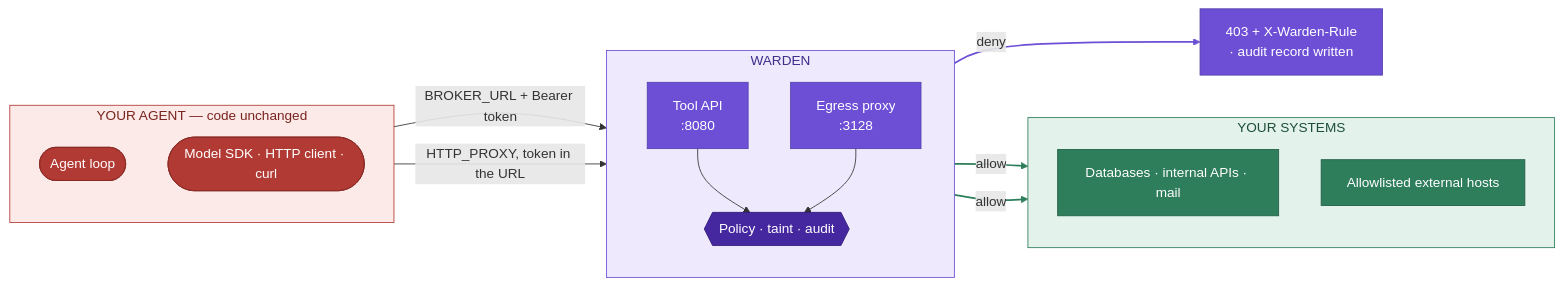
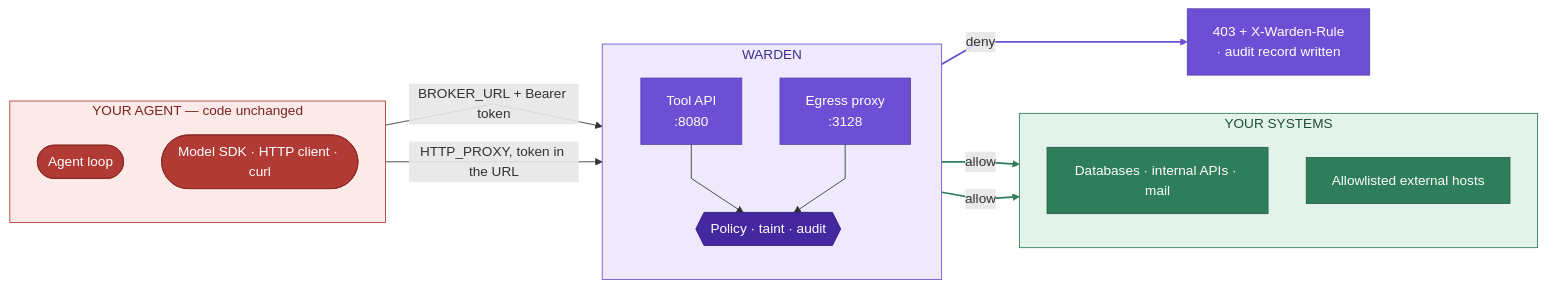
The first of 5 diagrams in README.md (slavikztsv/warden), drawn with Mermaid before and after one commit. The commit also changed other lines of this file, not shown here.

````diff
--- a/README.md
+++ b/README.md
@@ -248,45 +248,46 @@
 ```mermaid
+%%{init: {"flowchart": {"curve": "linear", "nodeSpacing": 45, "rankSpacing": 55}} }%%
 flowchart LR
     subgraph YOURS["YOUR AGENT — code unchanged"]
         direction TB
         Loop(["Agent loop"])
         SDK(["Model SDK · HTTP client · curl"])
     end
 
     subgraph WARDEN["WARDEN"]
         direction TB
         API["Tool API<br/>:8080"]
         Proxy["Egress proxy<br/>:3128"]
         Gate{{"Policy · taint · audit"}}
     end
 
     subgraph OUT["YOUR SYSTEMS"]
         direction TB
         Sys["Databases · internal APIs · mail"]
         Net["Allowlisted external hosts"]
     end
 
     Refused["403 + X-Warden-Rule<br/>· audit record written"]
 
     Loop -- "BROKER_URL + Bearer token" --> API
     SDK -- "HTTP_PROXY, token in the URL" --> Proxy
     API --> Gate
     Proxy --> Gate
     Gate -- "allow" --> Sys
     Gate -- "allow" --> Net
     Gate -- "deny" --> Refused
 
     classDef caller fill:#B23A34,stroke:#8B2A25,color:#FFFFFF
     classDef enforce fill:#6D4FD6,stroke:#5340AE,color:#FFFFFF
     classDef core fill:#4527A0,stroke:#341E7A,color:#FFFFFF
     classDef target fill:#2E7D5B,stroke:#226046,color:#FFFFFF
     class Loop,SDK caller
     class API,Proxy,Refused enforce
     class Gate core
     class Sys,Net target
     style YOURS fill:#FBEAE8,stroke:#B23A34,color:#7A241F
     style WARDEN fill:#EEE9FC,stroke:#6D4FD6,color:#3F2E8C
     style OUT fill:#E3F2EB,stroke:#2E7D5B,color:#1D4E39
     linkStyle 4,5 stroke:#2E7D5B,stroke-width:2px
     linkStyle 6 stroke:#6D4FD6,stroke-width:2px
 ```
````
